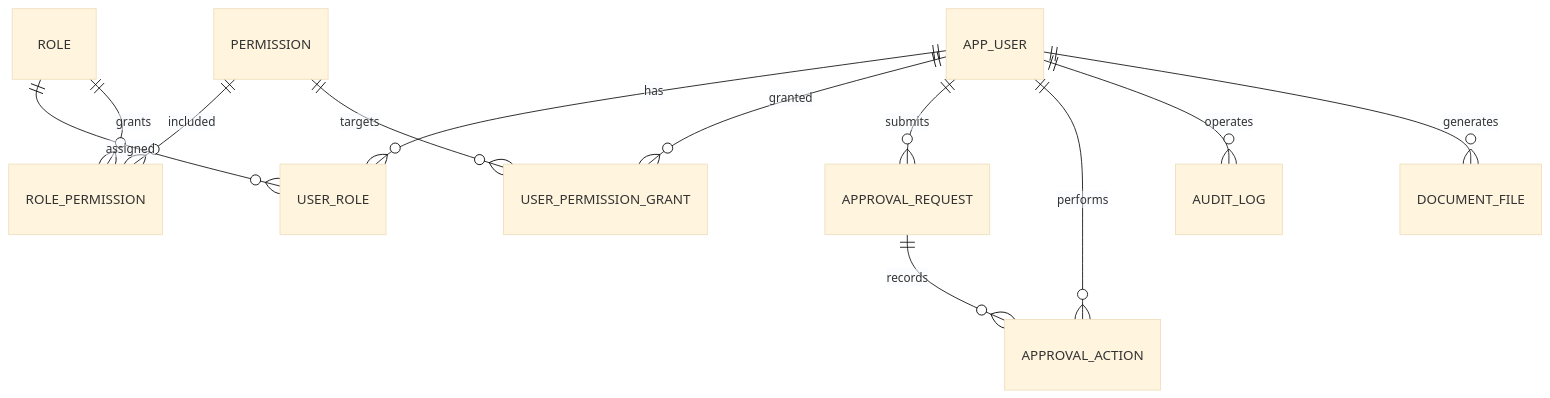
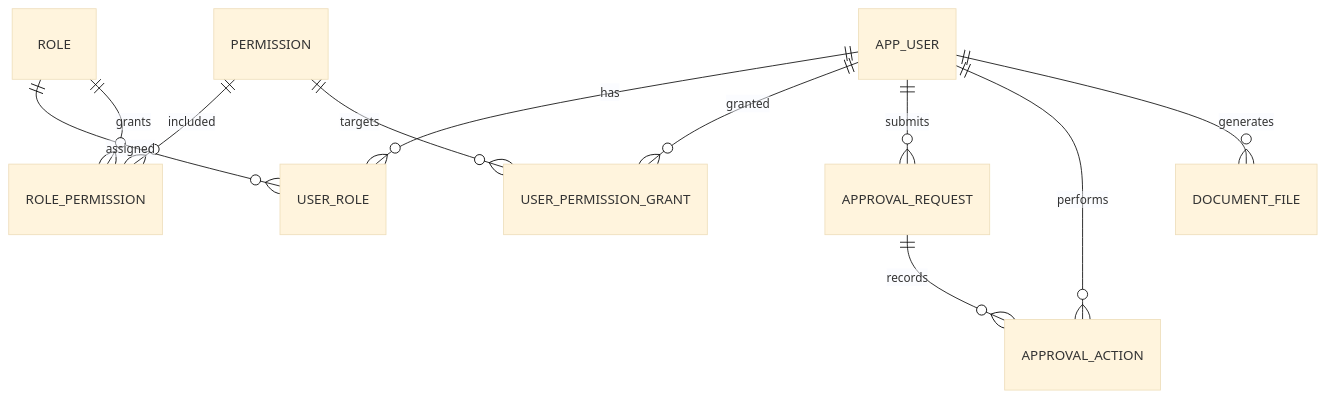
Before and after one commit to fizz123123/smart-distribution-ops: the fourth of 5 diagrams in docs/10-data-model.md, drawn with Mermaid (base theme). The commit also changed other lines of this file and 10 other files, not shown here.

````diff
--- a/docs/10-data-model.md
+++ b/docs/10-data-model.md
@@ -246,16 +247,15 @@
 ```mermaid
 erDiagram
     APP_USER ||--o{ USER_ROLE : has
     ROLE ||--o{ USER_ROLE : assigned
     ROLE ||--o{ ROLE_PERMISSION : grants
     PERMISSION ||--o{ ROLE_PERMISSION : included
     APP_USER ||--o{ USER_PERMISSION_GRANT : granted
     PERMISSION ||--o{ USER_PERMISSION_GRANT : targets
 
     APP_USER ||--o{ APPROVAL_REQUEST : submits
     APPROVAL_REQUEST ||--o{ APPROVAL_ACTION : records
     APP_USER ||--o{ APPROVAL_ACTION : performs
 
-    APP_USER ||--o{ AUDIT_LOG : operates
     APP_USER ||--o{ DOCUMENT_FILE : generates
 ```
````
